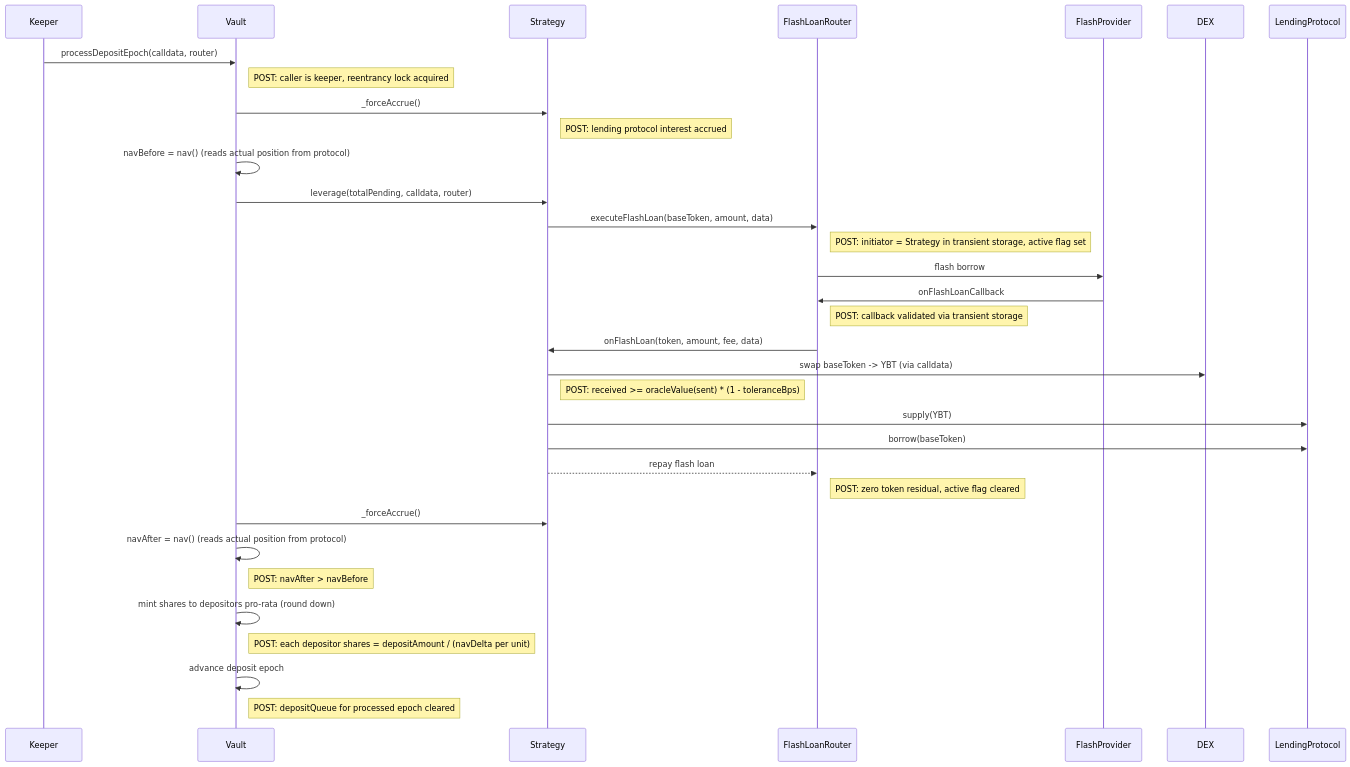
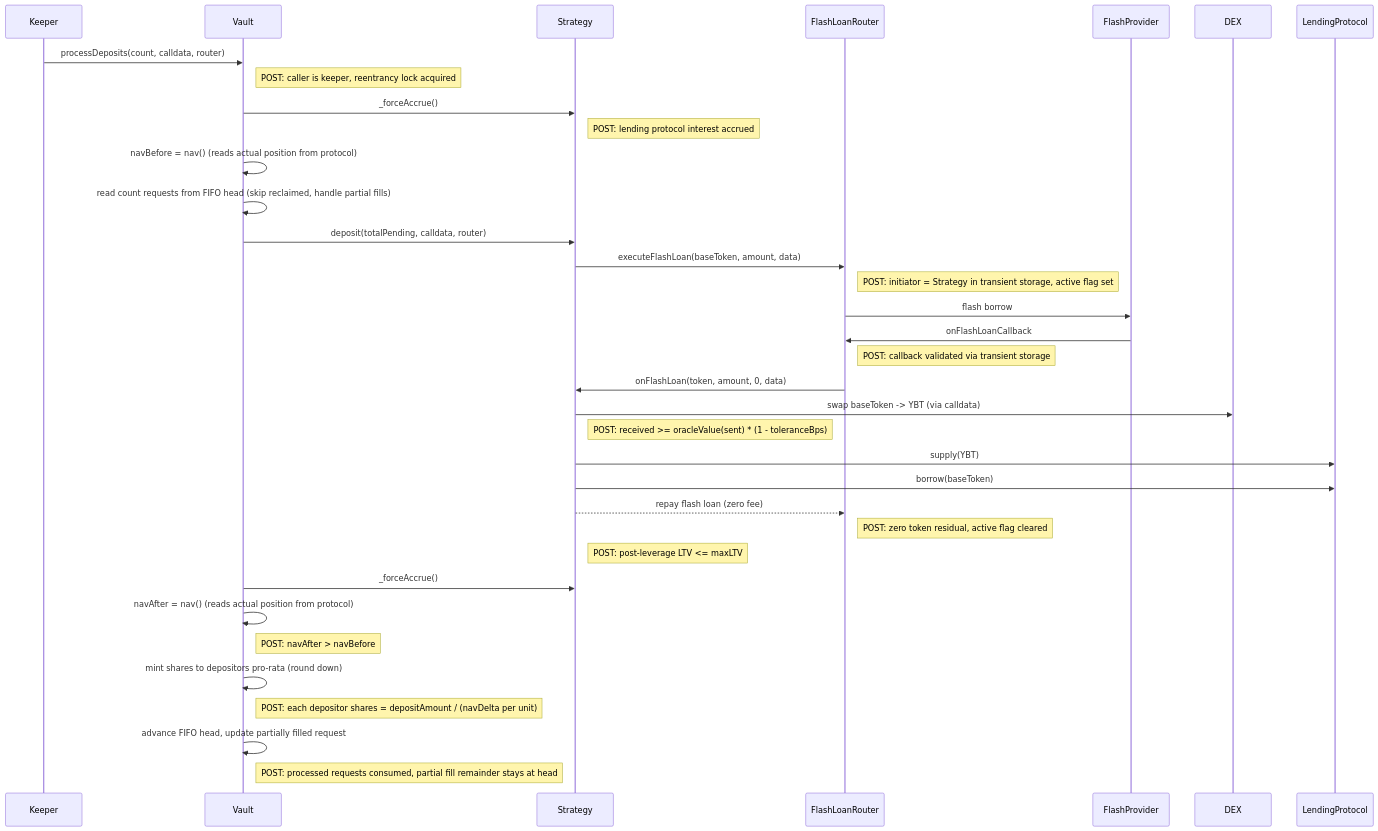
One commit to evgenynacu/leverage-vaults changed the third of 17 diagrams in docs/architecture/call-diagrams.md. Above: the diagram before and after it, drawn with Mermaid. The commit also changed other lines of this file and 10 other files, not shown here.

Commit message:
fix: naming conventions, swap calldata, partial epoch processing etc

````diff
--- a/docs/architecture/call-diagrams.md
+++ b/docs/architecture/call-diagrams.md
@@ -31,28 +32,30 @@
 ```mermaid
 sequenceDiagram
-    Keeper->>Vault: processDepositEpoch(calldata, router)
+    Keeper->>Vault: processDeposits(count, calldata, router)
     note right of Vault: POST: caller is keeper, reentrancy lock acquired
     Vault->>Strategy: _forceAccrue()
     note right of Strategy: POST: lending protocol interest accrued
     Vault->>Vault: navBefore = nav() (reads actual position from protocol)
-    Vault->>Strategy: leverage(totalPending, calldata, router)
+    Vault->>Vault: read count requests from FIFO head (skip reclaimed, handle partial fills)
+    Vault->>Strategy: deposit(totalPending, calldata, router)
     Strategy->>FlashLoanRouter: executeFlashLoan(baseToken, amount, data)
     note right of FlashLoanRouter: POST: initiator = Strategy in transient storage, active flag set
     FlashLoanRouter->>FlashProvider: flash borrow
     FlashProvider->>FlashLoanRouter: onFlashLoanCallback
     note right of FlashLoanRouter: POST: callback validated via transient storage
-    FlashLoanRouter->>Strategy: onFlashLoan(token, amount, fee, data)
+    FlashLoanRouter->>Strategy: onFlashLoan(token, amount, 0, data)
     Strategy->>DEX: swap baseToken -> YBT (via calldata)
     note right of Strategy: POST: received >= oracleValue(sent) * (1 - toleranceBps)
     Strategy->>LendingProtocol: supply(YBT)
     Strategy->>LendingProtocol: borrow(baseToken)
-    Strategy-->>FlashLoanRouter: repay flash loan
+    Strategy-->>FlashLoanRouter: repay flash loan (zero fee)
     note right of FlashLoanRouter: POST: zero token residual, active flag cleared
+    note right of Strategy: POST: post-leverage LTV <= maxLTV
     Vault->>Strategy: _forceAccrue()
     Vault->>Vault: navAfter = nav() (reads actual position from protocol)
     note right of Vault: POST: navAfter > navBefore
     Vault->>Vault: mint shares to depositors pro-rata (round down)
     note right of Vault: POST: each depositor shares = depositAmount / (navDelta per unit)
-    Vault->>Vault: advance deposit epoch
-    note right of Vault: POST: depositQueue for processed epoch cleared
+    Vault->>Vault: advance FIFO head, update partially filled request
+    note right of Vault: POST: processed requests consumed, partial fill remainder stays at head
 ```
````
